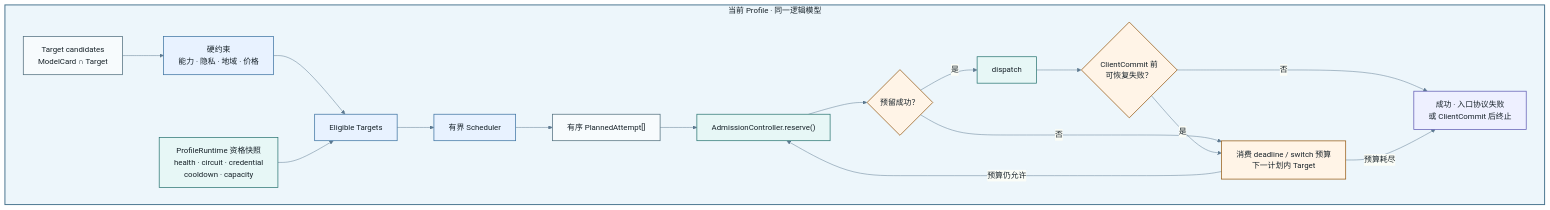
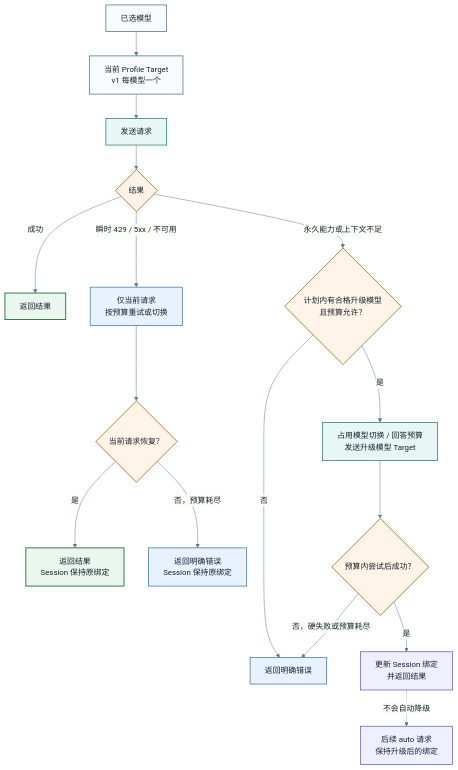
Before and after one commit to Euphie/llm-proxy: the diagram in docs-site/diagrams/target-reliability.mmd, drawn with Mermaid. The commit also changed 39 other files, not shown here.

```diff
--- a/docs-site/diagrams/target-reliability.mmd
+++ b/docs-site/diagrams/target-reliability.mmd
@@ -1,57 +1,49 @@
 ---
 config:
   theme: base
   themeVariables:
     background: "#f4f9fc"
     fontFamily: "-apple-system, BlinkMacSystemFont, PingFang SC, sans-serif"
     primaryColor: "#f7fbfd"
     primaryTextColor: "#172229"
     primaryBorderColor: "#7ea1b4"
     lineColor: "#5d7990"
     clusterBkg: "#edf6fb"
     clusterBorder: "#7fafcf"
   flowchart:
     curve: basis
     htmlLabels: true
 ---
-flowchart LR
-  accTitle: Target 资格、调度与可靠性
-  accDescr: 当前 Profile 中同一逻辑模型的 Target 先经硬约束和运行时资格过滤，再形成有序计划；预留或提交前失败只能在预算内前进到计划中的下一 Target。
+flowchart TB
+  accTitle: Target 容错与 Session 模型绑定
+  accDescr: v1 中每个模型配置一个当前 Profile 内的 Target。发送失败时先区分瞬时故障和永久能力不足；瞬时故障只影响当前请求，预算内恢复成功才返回结果，耗尽则返回错误，且两者都不改变 Session 绑定。永久能力或上下文不足时，只有执行计划内存在合格升级模型且预算允许才发送升级请求；成功后更新 auto Session 绑定，失败则返回错误，系统不会自动降级。
 
-  subgraph PROFILE["当前 Profile · 同一逻辑模型"]
-    direction LR
-    TARGETS["Target candidates<br/>ModelCard ∩ Target"]
-    HARD["硬约束<br/>能力 · 隐私 · 地域 · 价格"]
-    STATE["ProfileRuntime 资格快照<br/>health · circuit · credential<br/>cooldown · capacity"]
-    ELIGIBLE["Eligible Targets"]
-    SCHEDULER["有界 Scheduler"]
-    PLAN["有序 PlannedAttempt[]"]
-    RESERVE["AdmissionController.reserve()"]
-    RESERVED{"预留成功？"}
-    DISPATCH["dispatch"]
-    RECOVERABLE{"ClientCommit 前<br/>可恢复失败？"}
-    ADVANCE["消费 deadline / switch 预算<br/>下一计划内 Target"]
-    OUTCOME["成功 · 入口协议失败<br/>或 ClientCommit 后终止"]
-
-    TARGETS --> HARD --> ELIGIBLE
-    STATE --> ELIGIBLE
-    ELIGIBLE --> SCHEDULER --> PLAN --> RESERVE --> RESERVED
-    RESERVED -->|"是"| DISPATCH --> RECOVERABLE
-    RESERVED -->|"否"| ADVANCE
-    RECOVERABLE -->|"是"| ADVANCE
-    RECOVERABLE -->|"否"| OUTCOME
-    ADVANCE -->|"预算仍允许"| RESERVE
-    ADVANCE -->|"预算耗尽"| OUTCOME
-  end
+  MODEL["已选模型"] --> TARGET["当前 Profile Target<br/>v1 每模型一个"] --> SEND["发送请求"]
+  SEND --> RESULT{"结果"}
+  RESULT -->|"成功"| DONE["返回结果"]
+  RESULT -->|"瞬时 429 / 5xx / 不可用"| TEMP["仅当前请求<br/>按预算重试或切换"]
+  TEMP --> RECOVERED{"当前请求恢复？"}
+  RECOVERED -->|"是"| TEMP_DONE["返回结果<br/>Session 保持原绑定"]
+  RECOVERED -->|"否，预算耗尽"| TEMP_FAILED["返回明确错误<br/>Session 保持原绑定"]
+  RESULT -->|"永久能力或上下文不足"| UPGRADE{"计划内有合格升级模型<br/>且预算允许？"}
+  UPGRADE -->|"否"| UPGRADE_FAILED["返回明确错误"]
+  UPGRADE -->|"是"| UPGRADE_SEND["占用模型切换 / 回答预算<br/>发送升级模型 Target"]
+  UPGRADE_SEND --> UPGRADE_RESULT{"预算内尝试后成功？"}
+  UPGRADE_RESULT -->|"是"| BIND["更新 Session 绑定<br/>并返回结果"]
+  UPGRADE_RESULT -->|"否，硬失败或预算耗尽"| UPGRADE_FAILED
+  BIND -. "不会自动降级" .-> KEEP["后续 auto 请求<br/>保持升级后的绑定"]
 
   classDef primary fill:#f7fbfd,color:#172229,stroke:#526f7e,stroke-width:1.5px;
-  classDef filter fill:#e8f2ff,color:#172229,stroke:#3f75a3,stroke-width:1.5px;
   classDef runtime fill:#e7f7f6,color:#172229,stroke:#2d7774,stroke-width:1.5px;
   classDef decision fill:#fff4e7,color:#172229,stroke:#965b15,stroke-width:1.5px;
-  classDef terminal fill:#eef0ff,color:#172229,stroke:#625eb5,stroke-width:1.5px;
-  class TARGETS,PLAN primary;
-  class HARD,ELIGIBLE,SCHEDULER filter;
-  class STATE,RESERVE,DISPATCH runtime;
-  class RESERVED,RECOVERABLE,ADVANCE decision;
-  class OUTCOME terminal;
-  style PROFILE fill:#edf6fb,stroke:#4a758f,stroke-width:2px,color:#172229
+  classDef fallback fill:#e8f2ff,color:#172229,stroke:#3f75a3,stroke-width:1.5px;
+  classDef session fill:#eef0ff,color:#172229,stroke:#625eb5,stroke-width:1.5px;
+  classDef result fill:#eaf6ee,color:#172229,stroke:#34794b,stroke-width:2px;
+  class MODEL,TARGET primary;
+  class SEND runtime;
+  class RESULT,RECOVERED,UPGRADE,UPGRADE_RESULT decision;
+  class TEMP fallback;
+  class UPGRADE_SEND runtime;
+  class KEEP,BIND session;
+  class DONE,TEMP_DONE result;
+  class TEMP_FAILED,UPGRADE_FAILED fallback;
```
